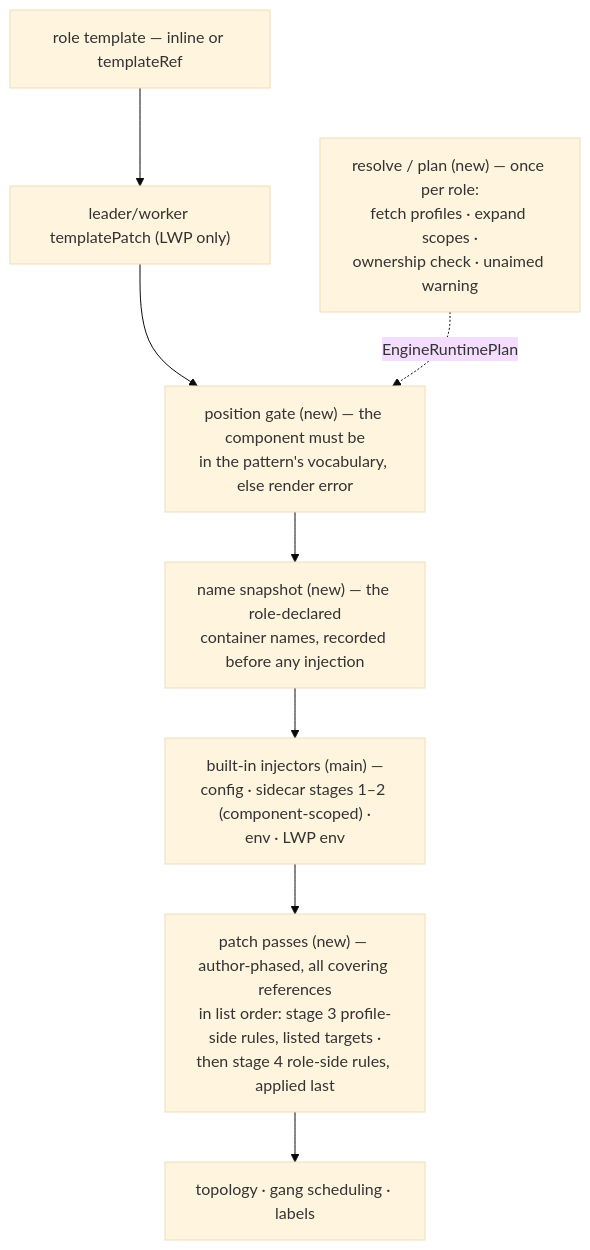
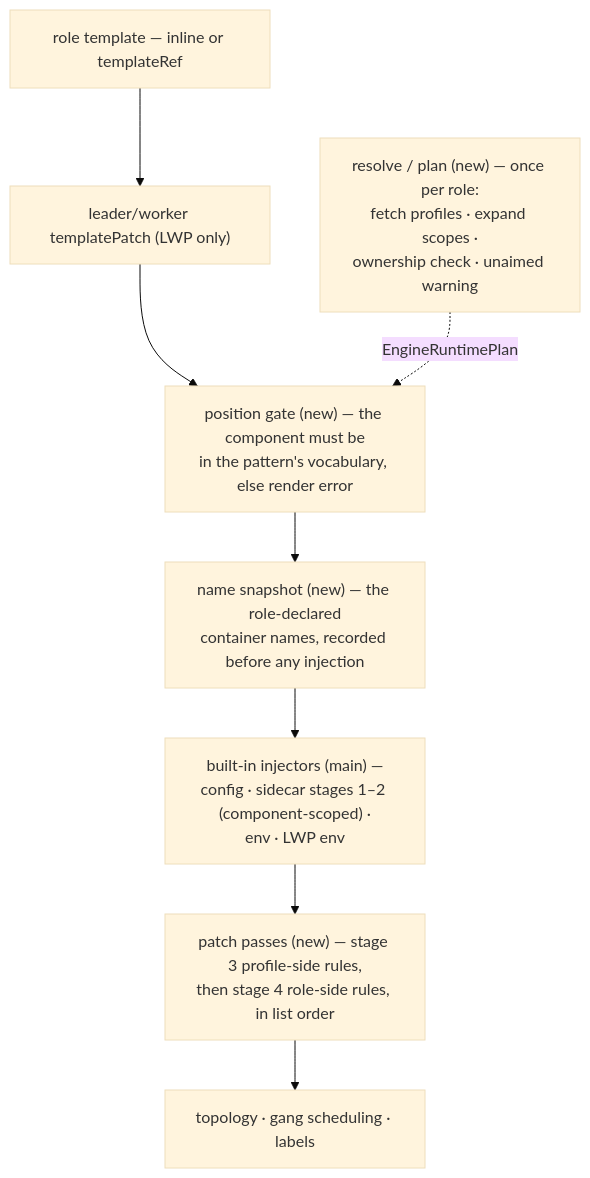
Before and after one commit to sgl-project/rbg: the diagram in keps/531-engine-runtime-profile-injection/README.md, drawn with Mermaid (base theme). The commit also changed other lines of this file, not shown here.

````diff
--- a/keps/531-engine-runtime-profile-injection/README.md
+++ b/keps/531-engine-runtime-profile-injection/README.md
@@ -1104,13 +776,13 @@
 ```mermaid
 flowchart TB
     R["resolve / plan (new) — once per role:<br/>fetch profiles · expand scopes ·<br/>ownership check · unaimed warning"]
     T["role template — inline or templateRef"]
     M["leader/worker templatePatch (LWP only)"]
     G["position gate (new) — the component must be<br/>in the pattern's vocabulary, else render error"]
     S["name snapshot (new) — the role-declared<br/>container names, recorded before any injection"]
     B["built-in injectors (main) —<br/>config · sidecar stages 1–2 (component-scoped) ·<br/>env · LWP env"]
-    P["patch passes (new) — author-phased, all covering references<br/>in list order: stage 3 profile-side rules, listed targets ·<br/>then stage 4 role-side rules, applied last"]
+    P["patch passes (new) — stage 3 profile-side rules,<br/>then stage 4 role-side rules, in list order"]
     X["topology · gang scheduling · labels"]
     T --> M --> G --> S --> B --> P --> X
     R -. "EngineRuntimePlan" .-> G
 ```
````
